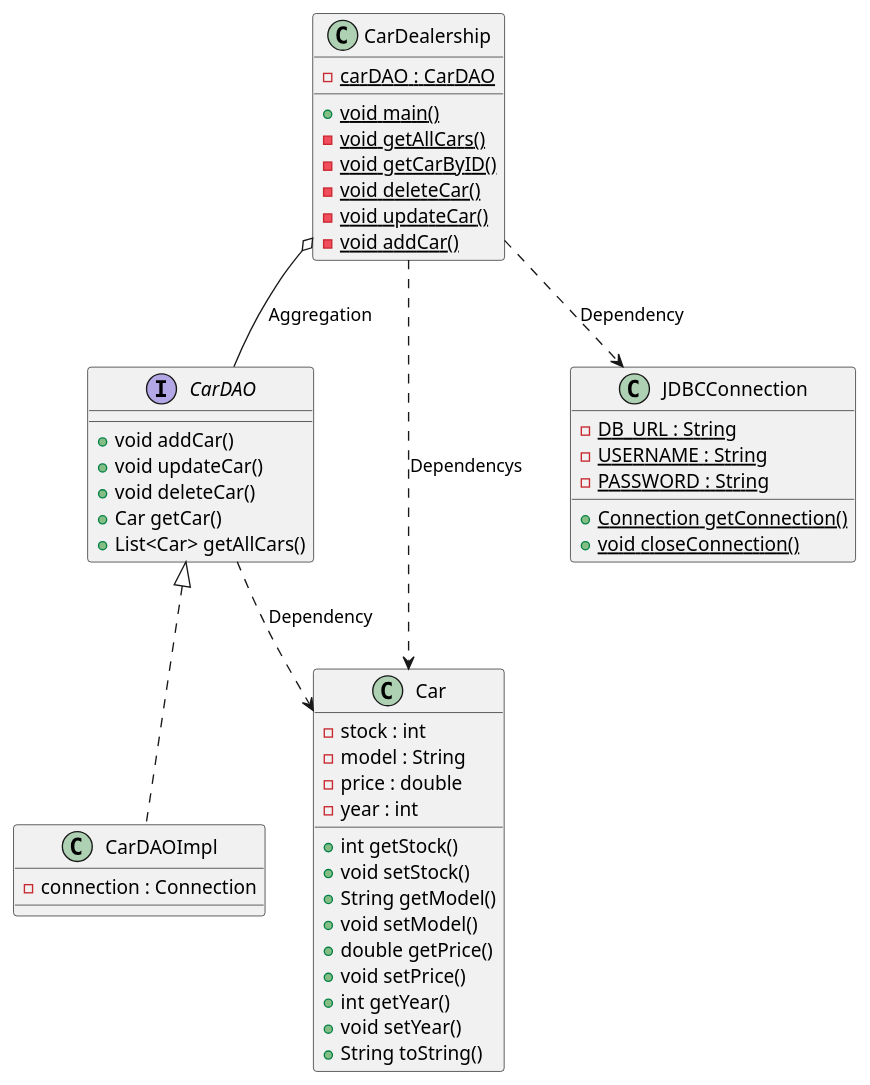
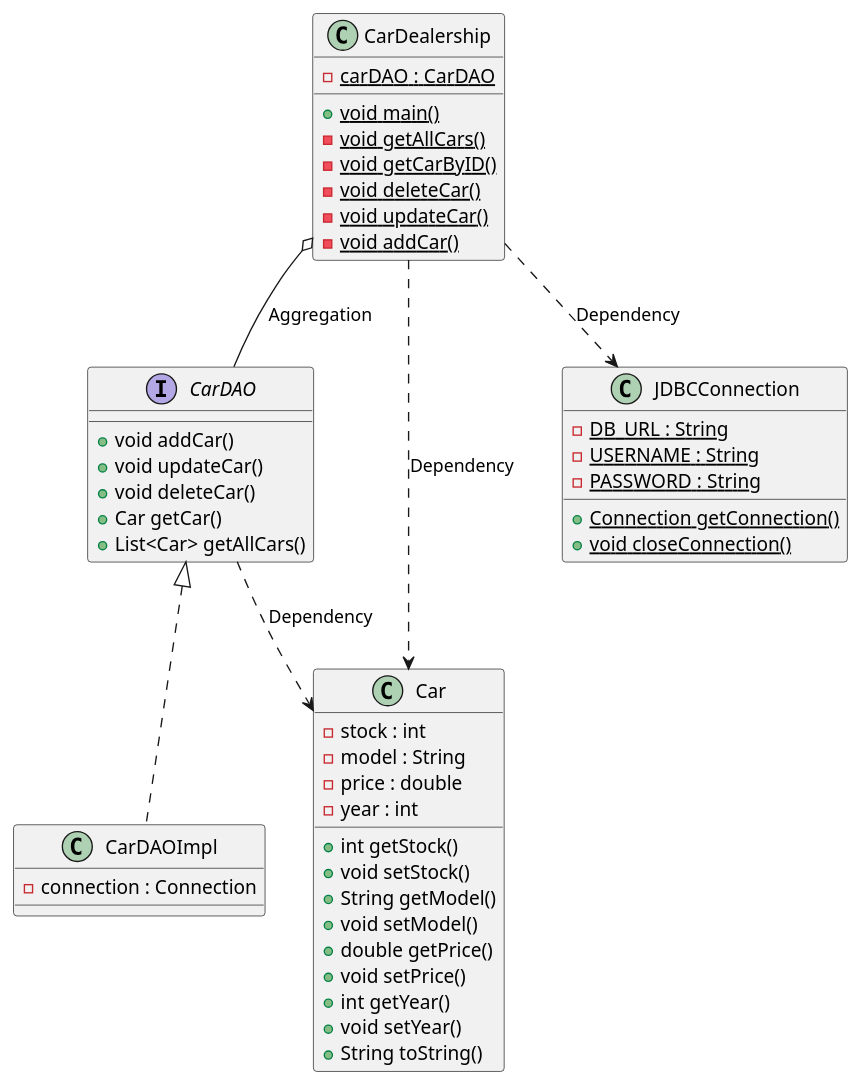
The diagram in src/uml/Car Dealership.puml (AA9-YG/Car-Dealership), drawn with PlantUML before and after one commit.

```diff
--- a/src/uml/Car Dealership.puml
+++ b/src/uml/Car Dealership.puml
@@ -1,56 +1,56 @@
 @startuml
 'https://plantuml.com/class-diagram
 
 interface CarDAO {
     +void addCar()
     +void updateCar()
     +void deleteCar()
     +Car getCar()
     +List<Car> getAllCars()
 }
 
 class CarDAOImpl implements CarDAO {
     -connection : Connection
 }
 
 class Car {
     -stock : int
     -model : String
     -price : double
     -year : int
     +int getStock()
     +void setStock()
     +String getModel()
     +void setModel()
     +double getPrice()
     +void setPrice()
     +int getYear()
     +void setYear()
     +String toString()
 }
 
 class CarDealership {
     -{static} carDAO : CarDAO
     +{static} void main()
     -{static} void getAllCars()
     -{static} void getCarByID()
     -{static} void deleteCar()
     -{static} void updateCar()
     -{static} void addCar()
 }
 
 class JDBCConnection {
     -{static} DB_URL : String
     -{static} USERNAME : String
     -{static} PASSWORD : String
     +{static} Connection getConnection()
     +{static} void closeConnection()
 }
 
 CarDealership o-- CarDAO : Aggregation
 CarDealership ..> JDBCConnection : Dependency
 CarDAO ..> Car : Dependency
-CarDealership ..> Car : Dependencys
+CarDealership ..> Car : Dependency
 
 
 @enduml
```
